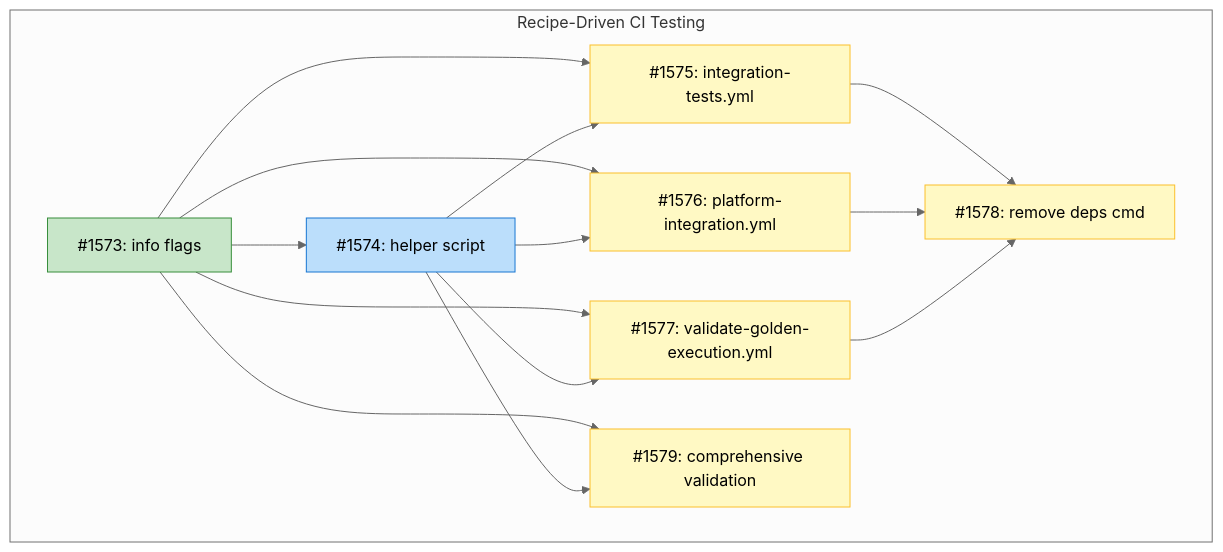
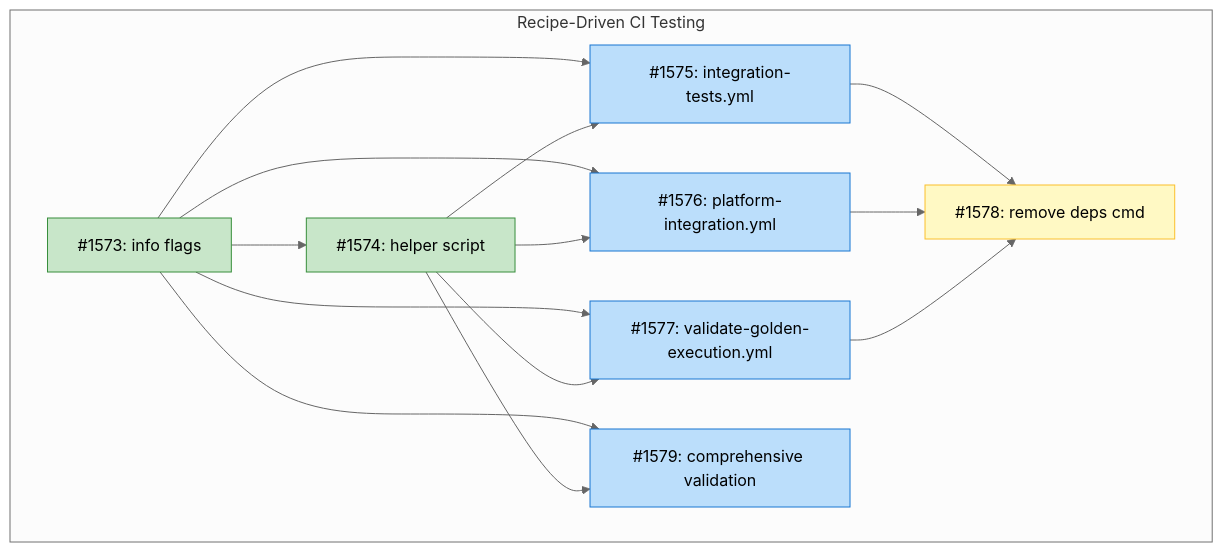
Before and after one commit to tsukumogami/tsuku: the diagram in docs/designs/DESIGN-recipe-driven-ci-testing.md, drawn with Mermaid (neutral theme). The commit also changed other lines of this file, not shown here.

Commit message:
docs(design): mark issue #1574 complete

````diff
--- a/docs/designs/DESIGN-recipe-driven-ci-testing.md
+++ b/docs/designs/DESIGN-recipe-driven-ci-testing.md
@@ -54,38 +54,38 @@
 ```mermaid
 graph TD
     subgraph Recipe-Driven CI Testing
         I1573[#1573: info flags]
         I1574[#1574: helper script]
         I1575[#1575: integration-tests.yml]
         I1576[#1576: platform-integration.yml]
         I1577[#1577: validate-golden-execution.yml]
         I1578[#1578: remove deps cmd]
         I1579[#1579: comprehensive validation]
     end
 
     I1573 --> I1574
     I1573 --> I1575
     I1573 --> I1576
     I1573 --> I1577
     I1573 --> I1579
     I1574 --> I1575
     I1574 --> I1576
     I1574 --> I1577
     I1574 --> I1579
     I1575 --> I1578
     I1576 --> I1578
     I1577 --> I1578
 
     classDef done fill:#c8e6c9,stroke:#388e3c
     classDef ready fill:#bbdefb,stroke:#1976d2
     classDef blocked fill:#fff9c4,stroke:#fbc02d
     classDef needsDesign fill:#e1bee7,stroke:#7b1fa2
 
     class I1573 done
-    class I1574 ready
-    class I1575 blocked
-    class I1576 blocked
-    class I1577 blocked
+    class I1574 done
+    class I1575 ready
+    class I1576 ready
+    class I1577 ready
     class I1578 blocked
-    class I1579 blocked
+    class I1579 ready
 ```
````
